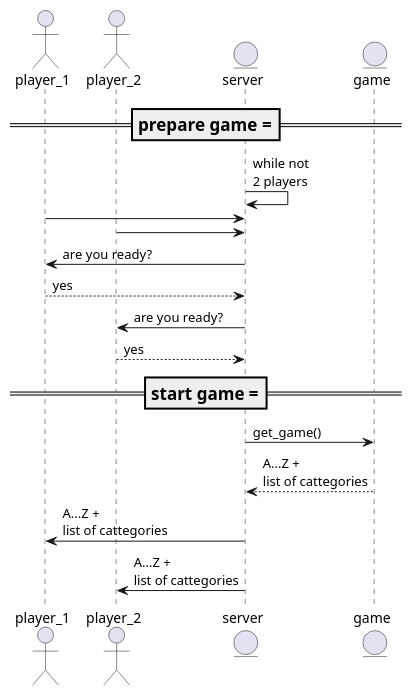
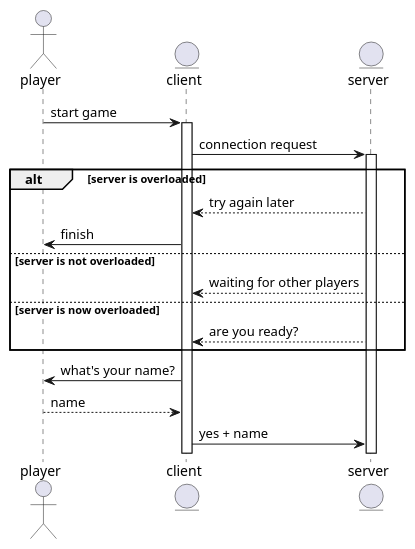
Before and after one commit to pedroaccorsi/Unisinos: the first of 2 diagrams in Computer-science/4th_semester/network_1/trab_gb/diagramas/readme2.md, drawn with PlantUML. The commit also changed other lines of this file and 21 other files, not shown here.

````diff
--- a/Computer-science/4th_semester/network_1/trab_gb/diagramas/readme2.md
+++ b/Computer-science/4th_semester/network_1/trab_gb/diagramas/readme2.md
@@ -1,31 +1,32 @@
 ```puml
 
 @startuml 
 
-actor player_1
-actor player_2
+actor player
+entity client
+entity server
 
-entity server
-entity game
-=== prepare game === 
-server   -> server : while not \n2 players
-player_1 -> server
-player_2 -> server
-server -> player_1 : are you ready?
-return  yes
-server -> player_2 : are you ready?
-return  yes
+player -> client : start game
 
+activate client 
 
-=== start game === 
-server -> game : get_game()
-return  A...Z + \nlist of cattegories
+client -> server : connection request
 
-server -> player_1 : A...Z + \nlist of cattegories
-server -> player_2 : A...Z + \nlist of cattegories
+activate server
 
+alt server is overloaded
+    server --> client : try again later
+    client -> player : finish
+else server is not overloaded
+    server --> client : waiting for other players
+else server is now overloaded
+    server --> client : are you ready?
+end
 
+client -> player : what's your name?
+player --> client : name
+client -> server : yes + name
 
 @enduml
 
 ```
````
